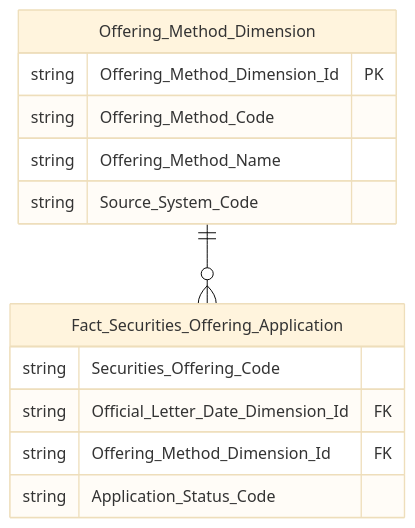
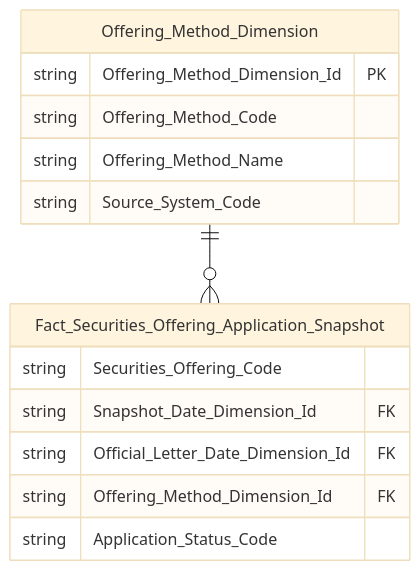
One commit to linhlvit/ubck_atomic_design changed diagram 16 of 22 in Datamart/hld/DTM_QLCB_HLD.md. Above: the diagram before and after it, drawn with Mermaid (base theme). The commit also changed other lines of this file and 70 other files, not shown here.

````diff
--- a/Datamart/hld/DTM_QLCB_HLD.md
+++ b/Datamart/hld/DTM_QLCB_HLD.md
@@ -820,17 +824,18 @@
 ```mermaid
 erDiagram
     Offering_Method_Dimension {
         string Offering_Method_Dimension_Id PK
         string Offering_Method_Code
         string Offering_Method_Name
         string Source_System_Code
     }
-    Fact_Securities_Offering_Application {
+    Fact_Securities_Offering_Application_Snapshot {
         string Securities_Offering_Code
+        string Snapshot_Date_Dimension_Id FK
         string Official_Letter_Date_Dimension_Id FK
         string Offering_Method_Dimension_Id FK
         string Application_Status_Code
     }
 
-    Offering_Method_Dimension ||--o{ Fact_Securities_Offering_Application : " "
+    Offering_Method_Dimension ||--o{ Fact_Securities_Offering_Application_Snapshot : " "
 ```
````
